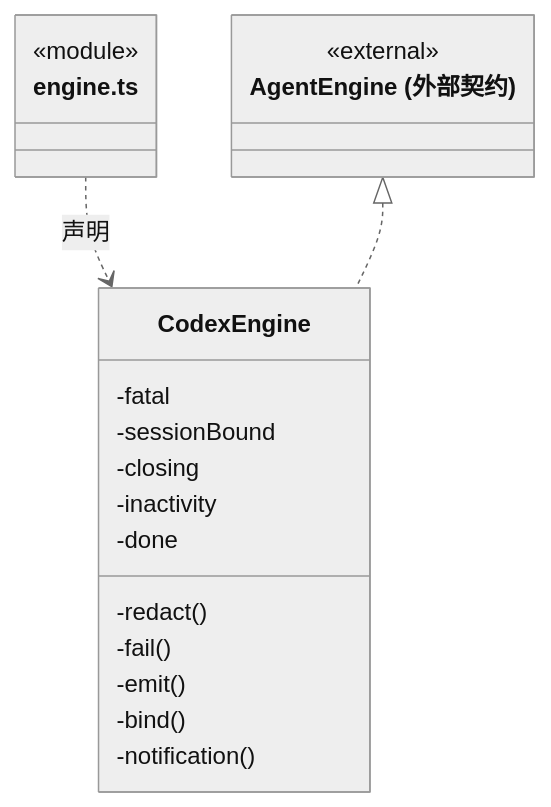
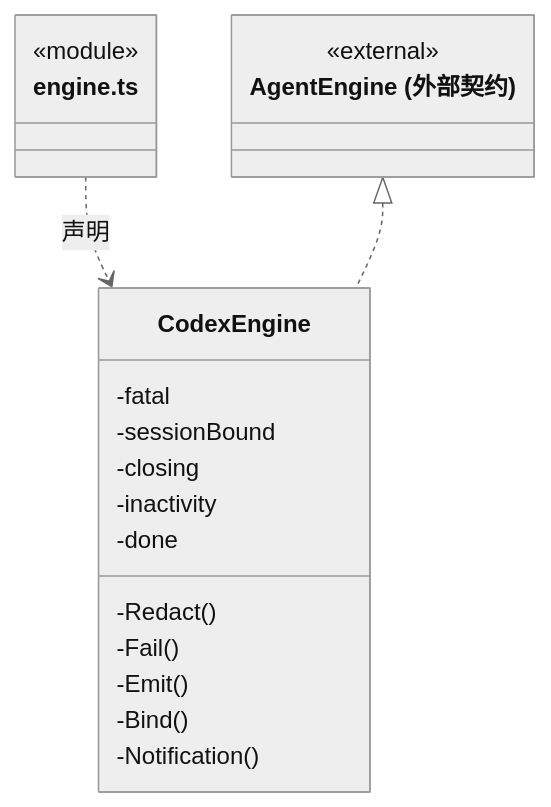
One commit to nan023062/cbim changed the fourth of 13 diagrams in src/logic/execution/engines/codex/ARCHITECTURE.md. Above: the diagram before and after it, drawn with Mermaid (neutral theme). The commit also changed other lines of this file and 1035 other files, not shown here.

````diff
--- a/src/logic/execution/engines/codex/ARCHITECTURE.md
+++ b/src/logic/execution/engines/codex/ARCHITECTURE.md
@@ -97,23 +97,23 @@
 ```mermaid
 classDiagram
 class N_src_logic_execution_engines_codex_engine_ts["engine.ts"] {
   <<module>>
 }
 class N_src_logic_execution_engines_codex_engine_ts_CodexEngine["CodexEngine"] {
   -fatal
   -sessionBound
   -closing
   -inactivity
   -done
-  -redact()
-  -fail()
-  -emit()
-  -bind()
-  -notification()
+  -Redact()
+  -Fail()
+  -Emit()
+  -Bind()
+  -Notification()
 }
 N_src_logic_execution_engines_codex_engine_ts ..> N_src_logic_execution_engines_codex_engine_ts_CodexEngine : 声明
 class N_src_logic_execution_engines_codex_engine_ts_external_AgentEngine["AgentEngine (外部契约)"] {
   <<external>>
 }
 N_src_logic_execution_engines_codex_engine_ts_external_AgentEngine <|.. N_src_logic_execution_engines_codex_engine_ts_CodexEngine
 ```
````
